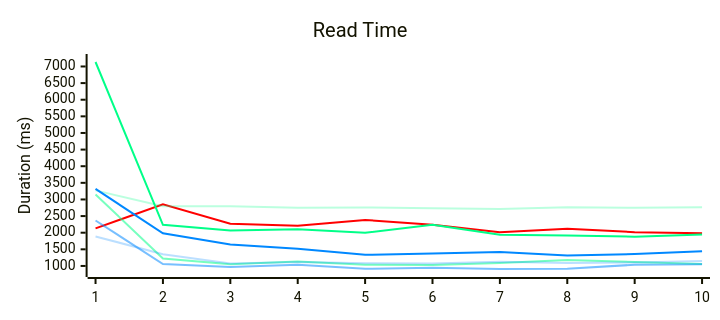
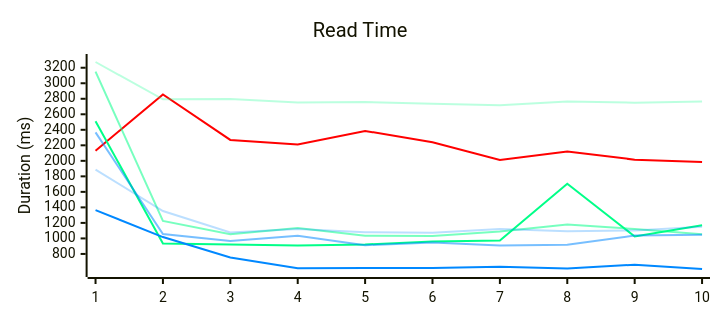
Before and after one commit to RDCN-Community-Developers/RhythmToolkit: the second of 3 diagrams in README.md, drawn with Mermaid. The commit also changed other lines of this file and 1 other file, not shown here.

Commit message:
更新数据

````diff
--- a/README.md
+++ b/README.md
@@ -117,27 +117,27 @@
 ```mermaid
 ---
 config:
     xyChart:
         height: 300
     themeVariables:
         xyChart:
             plotColorPalette: '#F00, #0F84, #0F88,  #0F8, #08F4, #08F8, #08F'
 ---
 xychart
   title "Read Time"
     y-axis "Duration (ms)"
     %% RDLE
     line [2130.5224, 2855.4669, 2269.7906, 2210.3916, 2385.5643, 2238.7013, 2011.8578, 2121.1231, 2014.9036, 1984.7555]
     %% RDTK .NET Standard 2.0 v1.3.4
     line [3273.9261, 2793.1168, 2796.0169, 2750.7386, 2757.9804, 2734.5127, 2715.0270, 2765.0712, 2749.9744, 2764.9854]
     %% RDTK .NET Standard 2.0 v1.3.9
     line [3148.9088,1226.1298,1054.2334,1134.9715,1033.4164,1030.4823,1088.7369,1178.1487,1120.97,1055.3118]
     %% RDTK .NET Standard 2.0 v1.3.10
-    line [7134.5801,2236.0677,2063.2343,2106.4128,1999.3797,2237.3778,1939.453,1916.7111,1880.1355,1943.7469]
+    line [2511.4484,935.1044,922.5633,908.0549,921.5173,961.0245,971.9857,1705.2193,1025.6835,1170.5473]
     %% RDTK .NET 8.0 v1.3.4
     line [1887.2656, 1353.3896, 1076.3732, 1121.0746, 1080.6883, 1074.4476, 1122.7722, 1091.6990, 1103.6302, 1149.2975]
     %% RDTK .NET 8.0 v1.3.9
     line [2367.0337,1056.9628,966.5576,1035.8415,913.1249,946.951,908.2692,917.0895,1036.6879,1048.7651]
     %% RDTK .NET 8.0 v1.3.10
-    line [3317.9543,1981.8849,1643.5074,1516.5513,1333.5835,1370.9584,1416.6815,1316.2952,1358.4216,1442.6675]
+    line [1365.457,1017.3662,753.053,615.3958,620.0609,617.4589,635.7308,612.3335,661.5626,605.837]
 ```
````
